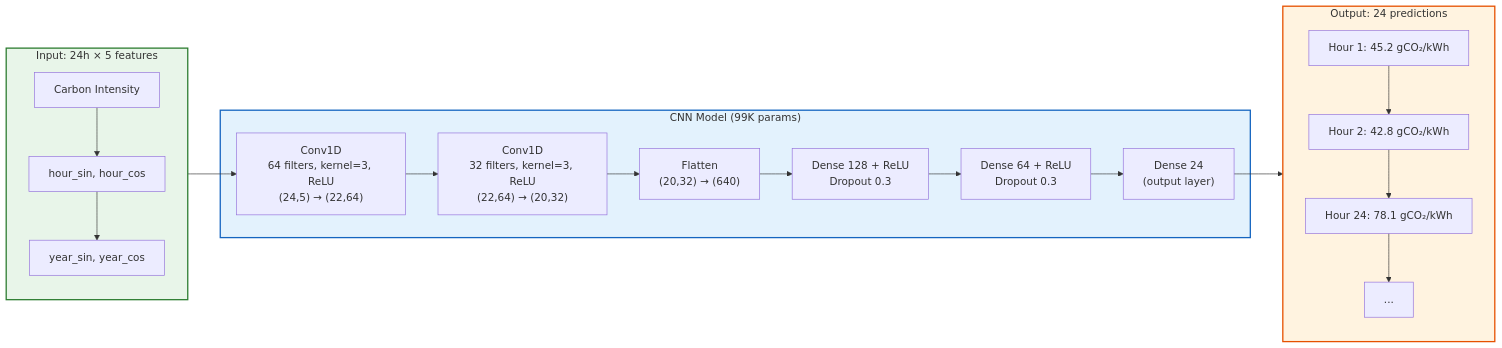
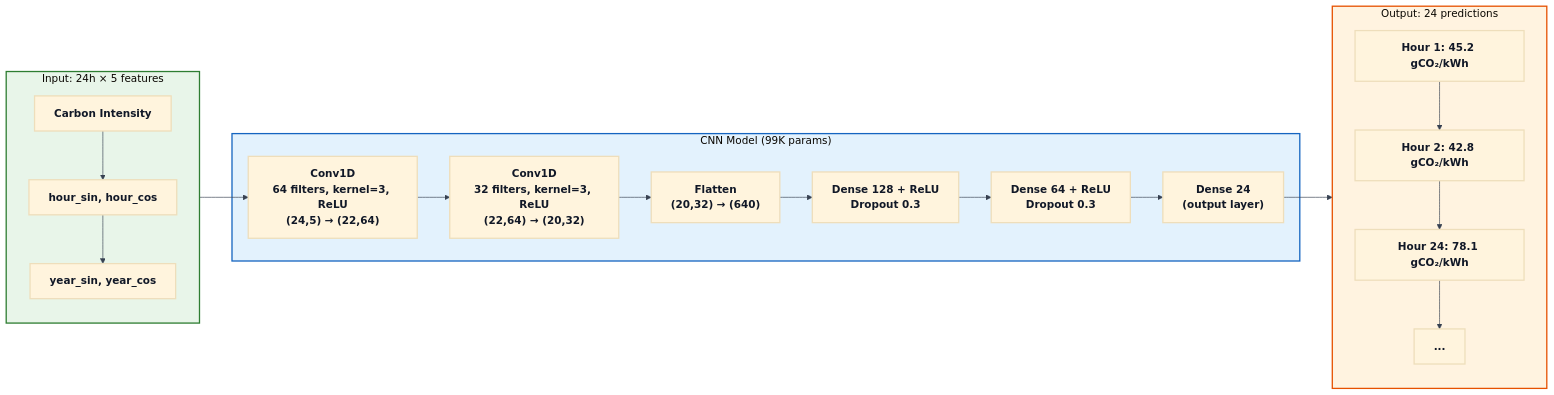
The diagram in docs/cnn.mmd (The-European-Avengers/MAJJ-ADL-eris), drawn with Mermaid before and after one commit. The commit also changed 2 other files, not shown here.

Commit message:
Fixed diagrams for presentation

```diff
--- a/docs/cnn.mmd
+++ b/docs/cnn.mmd
@@ -1,39 +1,66 @@
+%%{init: {"theme": "base", "flowchart": {"htmlLabels": false}, "themeVariables": {"fontFamily": "Arial, sans-serif", "fontWeight": "700", "primaryTextColor": "#111827", "lineColor": "#374151"}}}%%
+
 graph LR
     subgraph INPUT["Input: 24h × 5 features"]
         I1["Carbon Intensity"]
         I1 --> I2
         I2["hour_sin, hour_cos"]
         I2 --> I3
         I3["year_sin, year_cos"]
     end
 
     subgraph CNN["CNN Model (99K params)"]
-        C1["Conv1D<br/>64 filters, kernel=3, ReLU<br/>(24,5) → (22,64)"]
-        C2["Conv1D<br/>32 filters, kernel=3, ReLU<br/>(22,64) → (20,32)"]
-        F["Flatten<br/>(20,32) → (640)"]
-        D1["Dense 128 + ReLU<br/>Dropout 0.3"]
-        D2["Dense 64 + ReLU<br/>Dropout 0.3"]
-        D3["Dense 24<br/>(output layer)"]
+        C1["`Conv1D
+    64 filters, kernel=3, ReLU
+    (24,5) → (22,64)`"]
+        C2["`Conv1D
+    32 filters, kernel=3, ReLU
+    (22,64) → (20,32)`"]
+        F["`Flatten
+    (20,32) → (640)`"]
+        D1["`Dense 128 + ReLU
+    Dropout 0.3`"]
+        D2["`Dense 64 + ReLU
+    Dropout 0.3`"]
+        D3["`Dense 24
+    (output layer)`"]
     end
 
     subgraph OUTPUT["Output: 24 predictions"]
         O1["Hour 1: 45.2 gCO₂/kWh"]
         O1 --> O2
         O2["Hour 2: 42.8 gCO₂/kWh"]
         O2 --> O3
         O3["Hour 24: 78.1 gCO₂/kWh"]
         O4["..."]
         O3 --> O4
     end
 
     INPUT --> C1
     C1 --> C2
     C2 --> F
     F --> D1
     D1 --> D2
     D2 --> D3
     D3 --> OUTPUT
 
-    style INPUT fill:#e8f5e9,stroke:#2e7d32,stroke-width:2px
-    style CNN fill:#e3f2fd,stroke:#1565c0,stroke-width:2px
-    style OUTPUT fill:#fff3e0,stroke:#e65100,stroke-width:2px
+    classDef modelText color:#111827,font-weight:bold,stroke-width:2px
+    class I1,I2,I3,C1,C2,F,D1,D2,D3,O1,O2,O3,O4 modelText
+
+    style I1 color:#111827,font-weight:bold
+    style I2 color:#111827,font-weight:bold
+    style I3 color:#111827,font-weight:bold
+    style C1 color:#111827,font-weight:bold
+    style C2 color:#111827,font-weight:bold
+    style F color:#111827,font-weight:bold
+    style D1 color:#111827,font-weight:bold
+    style D2 color:#111827,font-weight:bold
+    style D3 color:#111827,font-weight:bold
+    style O1 color:#111827,font-weight:bold
+    style O2 color:#111827,font-weight:bold
+    style O3 color:#111827,font-weight:bold
+    style O4 color:#111827,font-weight:bold
+
+    style INPUT fill:#e8f5e9,stroke:#2e7d32,stroke-width:2px,color:#111827,font-weight:bold
+    style CNN fill:#e3f2fd,stroke:#1565c0,stroke-width:2px,color:#111827,font-weight:bold
+    style OUTPUT fill:#fff3e0,stroke:#e65100,stroke-width:2px,color:#111827,font-weight:bold
```
